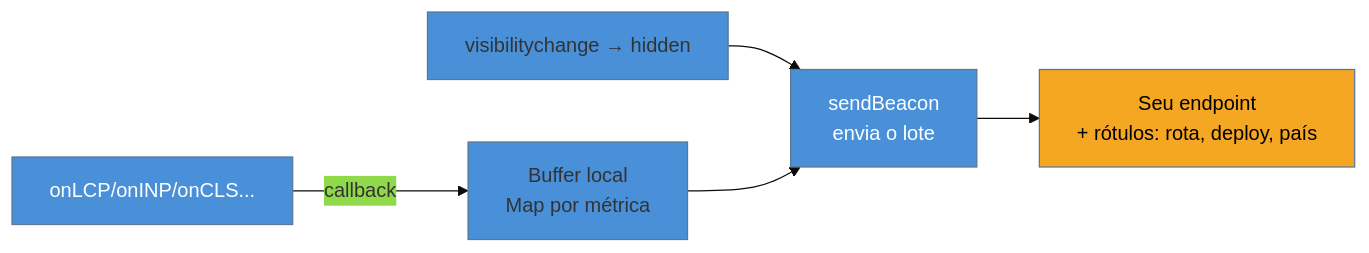
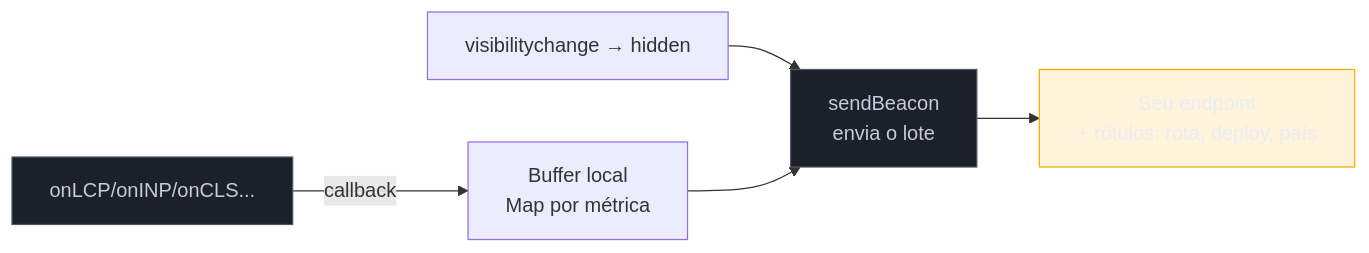
The diagram in 03-Dominios/Tecnologia/Web Performance/Medição e Core Web Vitals/06 - Instrumentando RUM.md (josenaldo/codex-technomanticus), drawn with Mermaid before and after one commit. The commit also changed 1181 other files, not shown here.

First line of the commit message:
fix(diagramas): paleta do sistema no lugar de cor cravada no markdown

````diff
--- a/03-Dominios/Tecnologia/Web Performance/Medição e Core Web Vitals/06 - Instrumentando RUM.md
+++ b/03-Dominios/Tecnologia/Web Performance/Medição e Core Web Vitals/06 - Instrumentando RUM.md
@@ -116,11 +116,12 @@
 ```mermaid
-%%{init: {"theme": "base", "themeVariables": {"primaryColor": "#4A90D9"}}}%%
 graph LR
+    classDef neutro fill:#1B2029,stroke:#4E5666,color:#C6CCD8
+    classDef destaque fill:#FFAA0024,stroke:#FFAA00,color:#E9ECF2
     A[onLCP/onINP/onCLS...] -->|callback| B[Buffer local<br/>Map por métrica]
     C["visibilitychange → hidden"] --> D[sendBeacon<br/>envia o lote]
     B --> D
     D --> E[Seu endpoint<br/>+ rótulos: rota, deploy, país]
-    style A fill:#4A90D9,color:#fff
-    style D fill:#4A90D9,color:#fff
-    style E fill:#F5A623,color:#000
+    class A neutro
+    class D neutro
+    class E destaque
 ```
````
